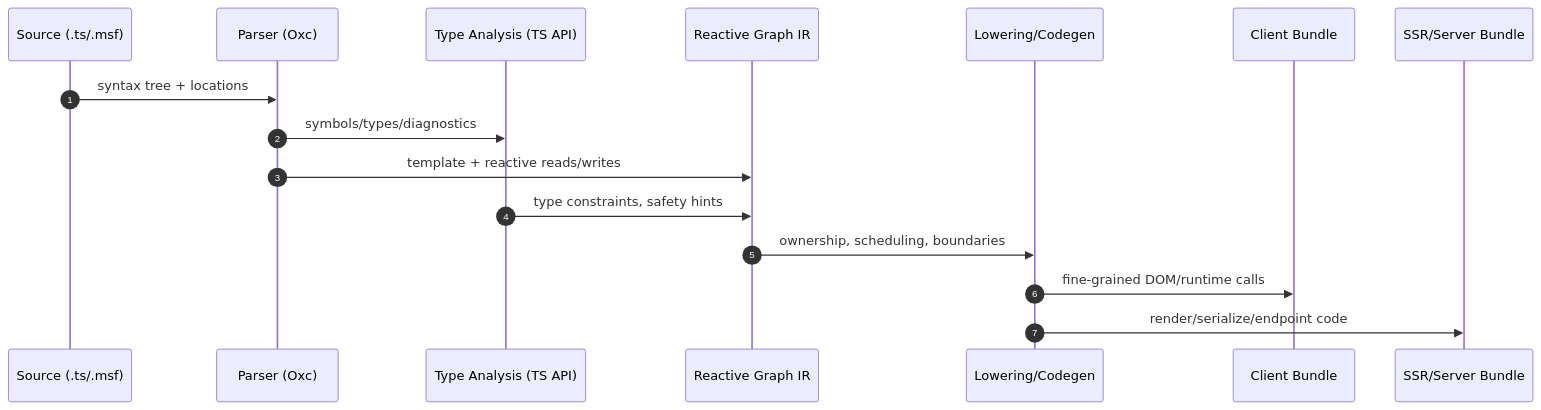
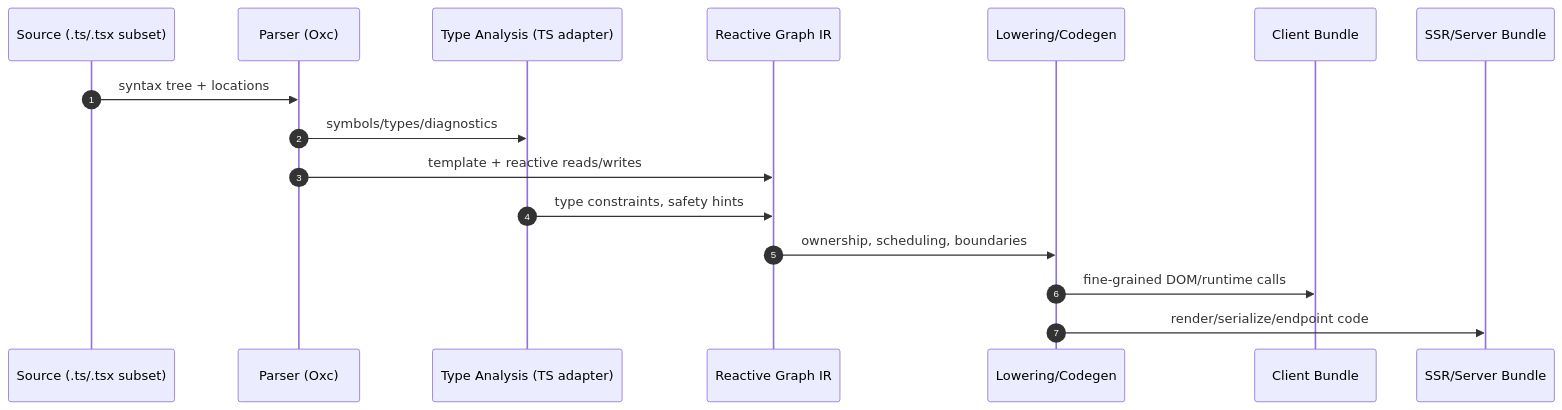
One commit to Mustafa1998-tech/MSF-Fusion changed the third of 4 diagrams in docs/architecture/overview.md. Above: the diagram before and after it, drawn with Mermaid. The commit also changed other lines of this file and 37 other files, not shown here.

````diff
--- a/docs/architecture/overview.md
+++ b/docs/architecture/overview.md
@@ -56,18 +70,18 @@
 ```mermaid
 sequenceDiagram
   autonumber
-  participant Src as Source (.ts/.msf)
+  participant Src as Source (.ts/.tsx subset)
   participant Parse as Parser (Oxc)
-  participant Check as Type Analysis (TS API)
+  participant Check as Type Analysis (TS adapter)
   participant Graph as Reactive Graph IR
   participant Lower as Lowering/Codegen
   participant Client as Client Bundle
   participant Server as SSR/Server Bundle
   Src->>Parse: syntax tree + locations
   Parse->>Check: symbols/types/diagnostics
   Parse->>Graph: template + reactive reads/writes
   Check->>Graph: type constraints, safety hints
   Graph->>Lower: ownership, scheduling, boundaries
   Lower->>Client: fine-grained DOM/runtime calls
   Lower->>Server: render/serialize/endpoint code
 ```
````
